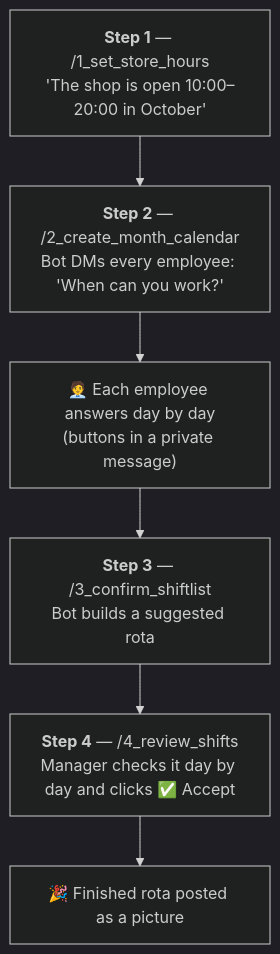
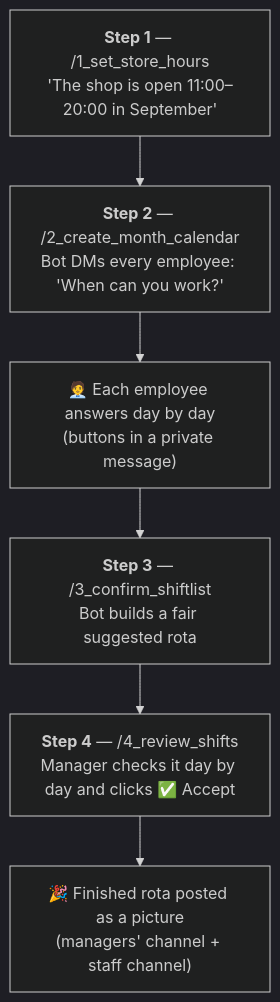
Before and after one commit to astralisdev/hbb-bot-docs: the second of 4 diagrams in README.md, drawn with Mermaid (dark theme). The commit also changed other lines of this file, not shown here.

````diff
--- a/README.md
+++ b/README.md
@@ -86,10 +95,10 @@
 ```mermaid
 flowchart TD
-    S1["<b>Step 1</b> — /1_set_store_hours<br/>'The shop is open 10:00–20:00 in October'"]
+    S1["<b>Step 1</b> — /1_set_store_hours<br/>'The shop is open 11:00–20:00 in September'"]
     S2["<b>Step 2</b> — /2_create_month_calendar<br/>Bot DMs every employee: 'When can you work?'"]
     E["🧑‍💼 Each employee answers day by day<br/>(buttons in a private message)"]
-    S3["<b>Step 3</b> — /3_confirm_shiftlist<br/>Bot builds a suggested rota"]
+    S3["<b>Step 3</b> — /3_confirm_shiftlist<br/>Bot builds a fair suggested rota"]
     S4["<b>Step 4</b> — /4_review_shifts<br/>Manager checks it day by day and clicks ✅ Accept"]
-    DONE["🎉 Finished rota posted as a picture"]
+    DONE["🎉 Finished rota posted as a picture<br/>(managers' channel + staff channel)"]
     S1 --> S2 --> E --> S3 --> S4 --> DONE
 ```
````
